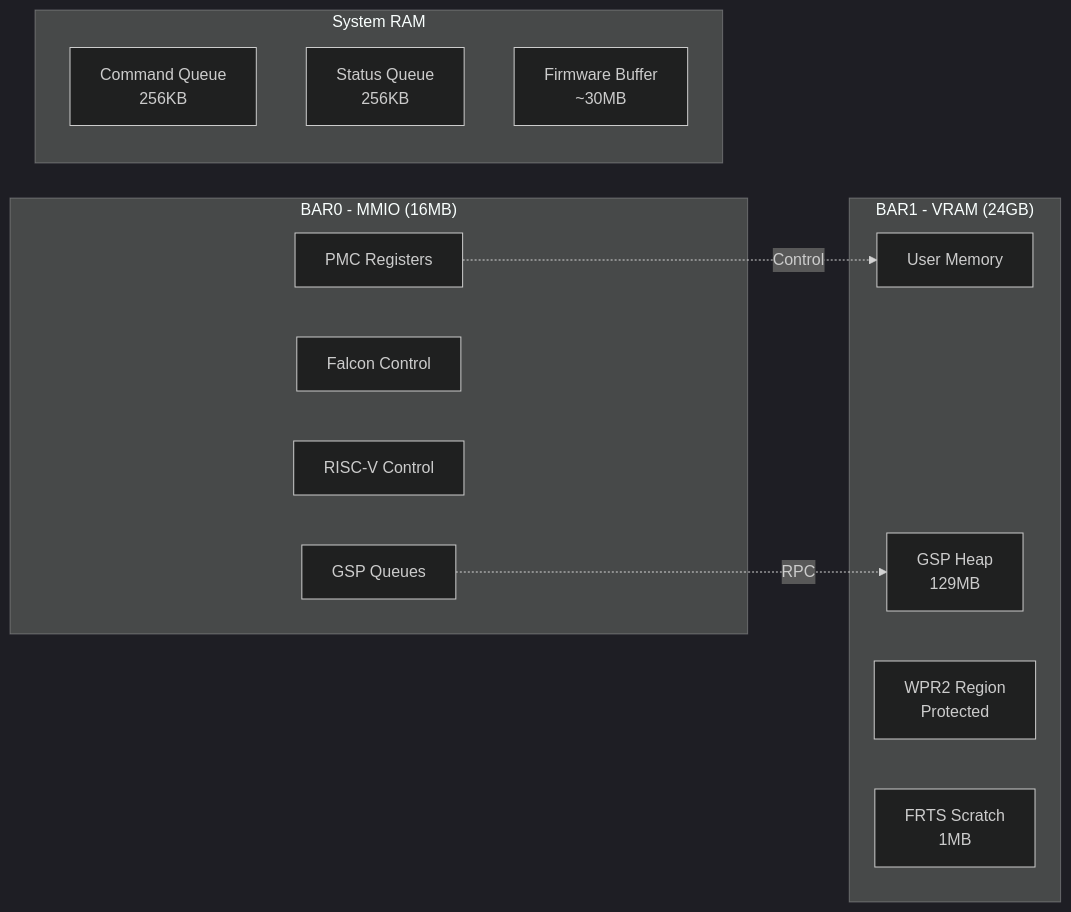
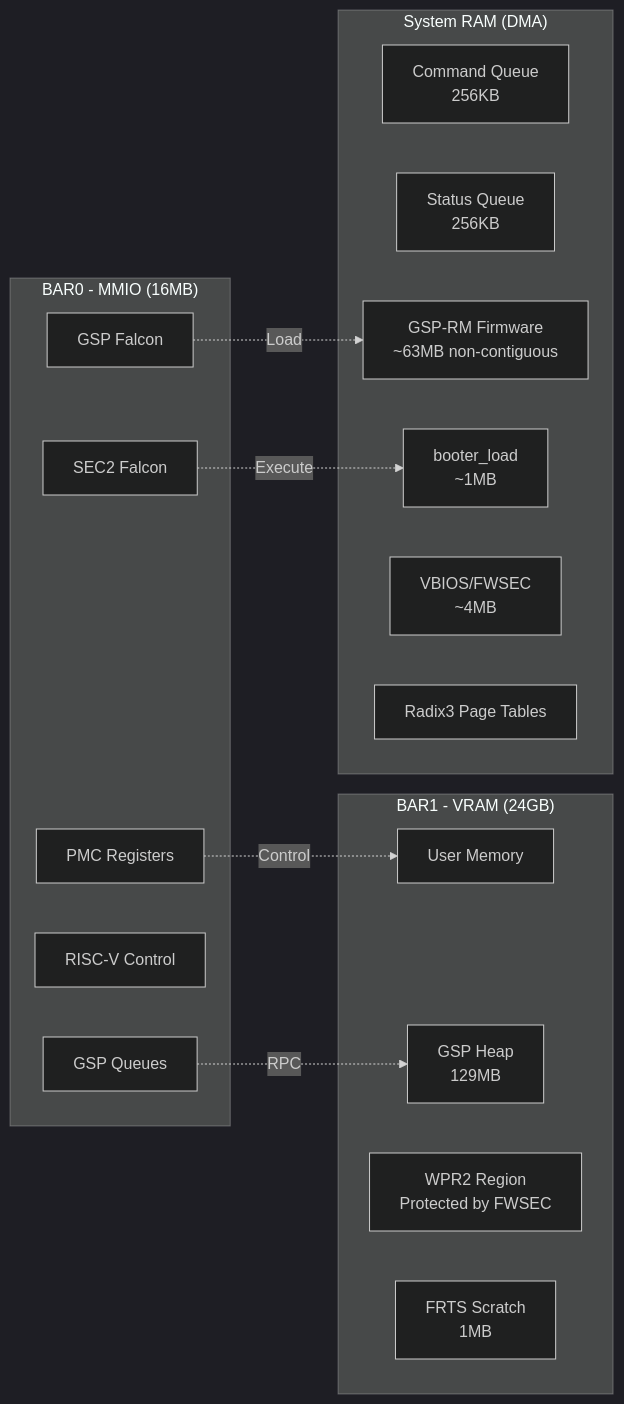
The third of 4 diagrams in README.md (jaysonle27/NVDAAL-Driver), drawn with Mermaid (dark theme) before and after one commit. The commit also changed other lines of this file, not shown here.

````diff
--- a/README.md
+++ b/README.md
@@ -236,25 +289,31 @@
 ```mermaid
 graph LR
     subgraph "BAR0 - MMIO (16MB)"
         PMC[PMC Registers]
-        FALCON[Falcon Control]
+        FALCON[GSP Falcon]
+        SEC2[SEC2 Falcon]
         RISCV_CTRL[RISC-V Control]
         GSP_QUEUE[GSP Queues]
     end
 
     subgraph "BAR1 - VRAM (24GB)"
         USER_MEM[User Memory]
         GSP_HEAP[GSP Heap<br/>129MB]
-        WPR2[WPR2 Region<br/>Protected]
+        WPR2[WPR2 Region<br/>Protected by FWSEC]
         FRTS[FRTS Scratch<br/>1MB]
     end
 
-    subgraph "System RAM"
+    subgraph "System RAM (DMA)"
         CMD_Q[Command Queue<br/>256KB]
         STAT_Q[Status Queue<br/>256KB]
-        FW_BUF[Firmware Buffer<br/>~30MB]
+        FW_BUF[GSP-RM Firmware<br/>~63MB non-contiguous]
+        BOOTER[booter_load<br/>~1MB]
+        VBIOS[VBIOS/FWSEC<br/>~4MB]
+        RADIX3[Radix3 Page Tables]
     end
 
     PMC -.->|Control| USER_MEM
+    SEC2 -.->|Execute| BOOTER
+    FALCON -.->|Load| FW_BUF
     GSP_QUEUE -.->|RPC| GSP_HEAP
 ```
````
